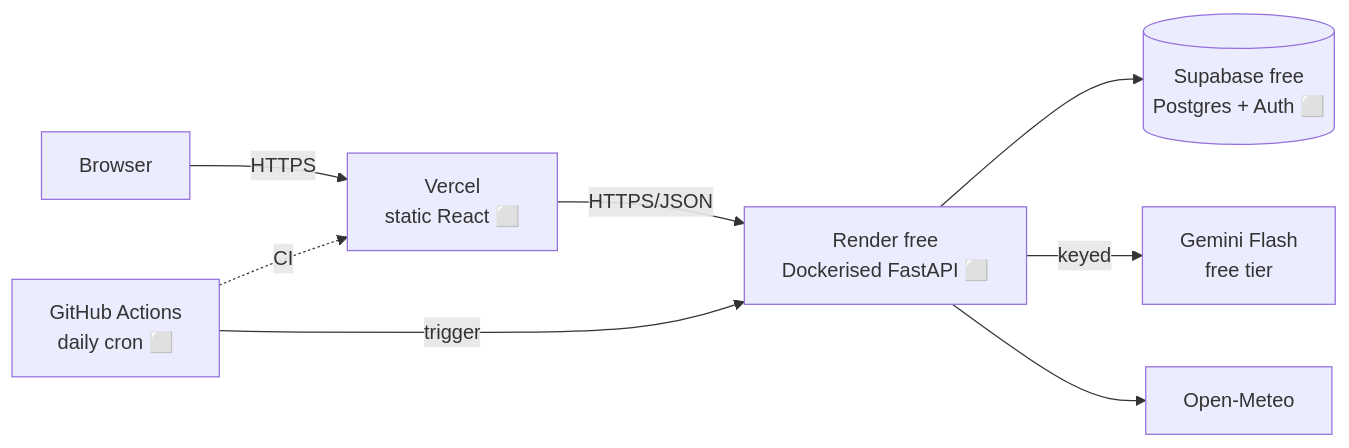
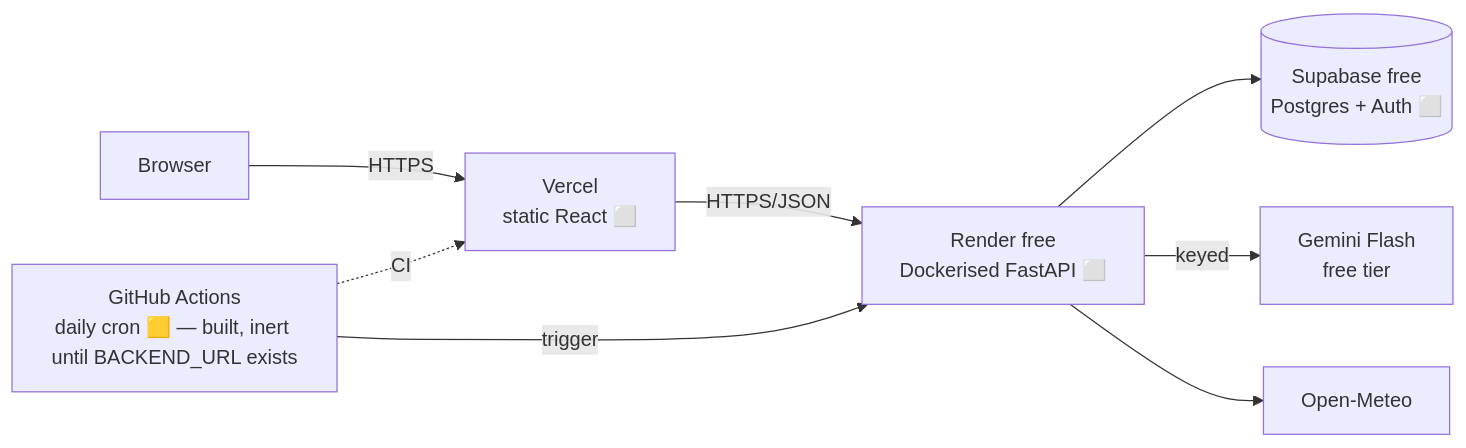
Before and after one commit to DevGurav/urbanheat-mumbai: the fifth of 5 diagrams in docs/architecture.md, drawn with Mermaid. The commit also changed other lines of this file and 3 other files, not shown here.

````diff
--- a/docs/architecture.md
+++ b/docs/architecture.md
@@ -162,10 +163,10 @@
 ```mermaid
 flowchart LR
     U[Browser] -->|HTTPS| V[Vercel<br/>static React ⬜]
     V -->|HTTPS/JSON| R[Render free<br/>Dockerised FastAPI ⬜]
     R --> S[(Supabase free<br/>Postgres + Auth ⬜)]
     R -->|keyed| G[Gemini Flash<br/>free tier]
     R --> OM[Open-Meteo]
-    GA[GitHub Actions<br/>daily cron ⬜] -->|trigger| R
+    GA[GitHub Actions<br/>daily cron 🟨 — built, inert until BACKEND_URL exists] -->|trigger| R
     GA -.CI.-> V
 ```
````
